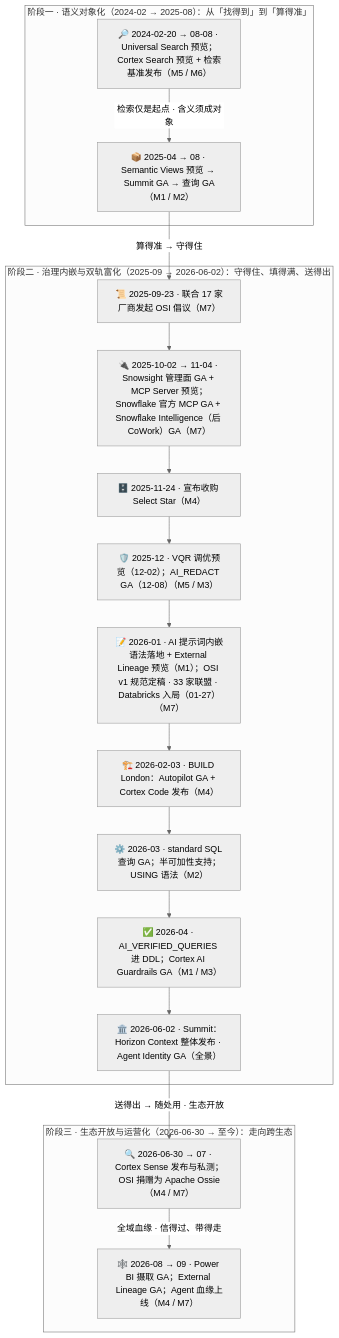
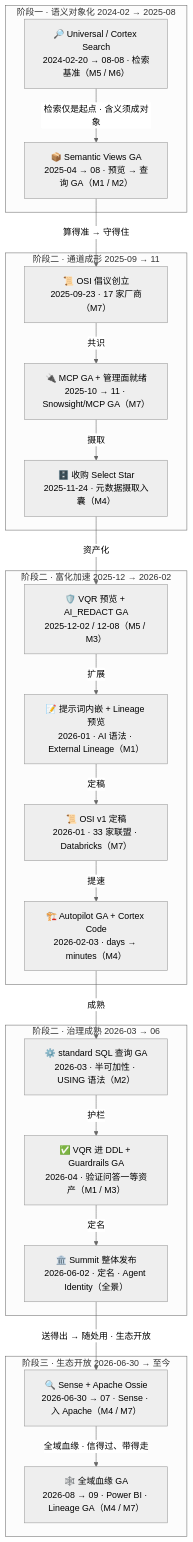
Before and after one commit to ThreeFish-AI/negentropy: the diagram in docs/assets/mermaid/cognitive-context/horizon-context--evolution-timeline.mmd, drawn with Mermaid (neutral theme). The commit also changed 4 other files, not shown here.

First line of the commit message:
fix(horizon-context): 演进时间线重渲拆分 2026-01 双卡补回 33 家联盟 · Databricks，两个 .mmd 重写为出货图逐字镜像;

```diff
--- a/docs/assets/mermaid/cognitive-context/horizon-context--evolution-timeline.mmd
+++ b/docs/assets/mermaid/cognitive-context/horizon-context--evolution-timeline.mmd
@@ -1,29 +1,43 @@
 %%source: docs/research/cognitive-context/011-horizon-context.md#block2-23 (L111-L173, §2.2–§2.3 三阶段叙事与时间线速览)
 %%slug: cognitive-context/horizon-context--evolution-timeline
 %%type: dataflow
 %%derived: archify dataflow v1, authored from source mermaid
+%% fix: (2026-09-15 同步) 重写为出货图逐字镜像并随图修复：① 原 MS7 拆分为 MS7A（提示词内嵌 + Lineage 预览 M1）/ MS7B（OSI v1 定稿 · 33 家联盟 · Databricks M7）——补回正文时间线表「33 家联盟、Databricks 入局」事实，HTML 旧版漏拆漏载已重渲，且 2026-01 两卡归位「富化加速（2025-12 → 2026-02）」泳道；② 三 subgraph 展开为图内五段泳道（通道成形/富化加速/治理成熟子段）；③ 边标签补齐图内转移词（共识/摄取/资产化/扩展/定稿/提速/成熟/护栏/定名）
 flowchart TD
-    subgraph "阶段一 · 语义对象化（2024-02 → 2025-08）：从「找得到」到「算得准」"
-        MS1["🔎 2024-02-20 → 08-08 · Universal Search 预览；Cortex Search 预览 + 检索基准发布（M5 / M6）"]
-        MS2["📦 2025-04 → 08 · Semantic Views 预览 → Summit GA → 查询 GA（M1 / M2）"]
+    subgraph "阶段一 · 语义对象化 2024-02 → 2025-08"
+        MS1["🔎 Universal / Cortex Search<br/>2024-02-20 → 08-08 · 检索基准（M5 / M6）"]
+        MS2["📦 Semantic Views GA<br/>2025-04 → 08 · 预览 → 查询 GA（M1 / M2）"]
     end
-    subgraph "阶段二 · 治理内嵌与双轨富化（2025-09 → 2026-06-02）：守得住、填得满、送得出"
-        MS3["📜 2025-09-23 · 联合 17 家厂商发起 OSI 倡议（M7）"]
-        MS4["🔌 2025-10-02 → 11-04 · Snowsight 管理面 GA + MCP Server 预览；Snowflake 官方 MCP GA + Snowflake Intelligence（后 CoWork）GA（M7）"]
-        MS5["🗄️ 2025-11-24 · 宣布收购 Select Star（M4）"]
-        MS6["🛡️ 2025-12 · VQR 调优预览（12-02）；AI_REDACT GA（12-08）（M5 / M3）"]
-        MS7["📝 2026-01 · AI 提示词内嵌语法落地 + External Lineage 预览（M1）；OSI v1 规范定稿 · 33 家联盟 · Databricks 入局（01-27）（M7）"]
-        MS8["🏗️ 2026-02-03 · BUILD London：Autopilot GA + Cortex Code 发布（M4）"]
-        MS9["⚙️ 2026-03 · standard SQL 查询 GA；半可加性支持；USING 语法（M2）"]
-        MS10["✅ 2026-04 · AI_VERIFIED_QUERIES 进 DDL；Cortex AI Guardrails GA（M1 / M3）"]
-        MS11["🏛️ 2026-06-02 · Summit：Horizon Context 整体发布 · Agent Identity GA（全景）"]
+    subgraph "阶段二 · 通道成形 2025-09 → 11"
+        MS3["📜 OSI 倡议创立<br/>2025-09-23 · 17 家厂商（M7）"]
+        MS4["🔌 MCP GA + 管理面就绪<br/>2025-10 → 11 · Snowsight/MCP GA（M7）"]
+        MS5["🗄️ 收购 Select Star<br/>2025-11-24 · 元数据摄取入囊（M4）"]
     end
-    subgraph "阶段三 · 生态开放与运营化（2026-06-30 → 至今）：走向跨生态"
-        MS12["🔍 2026-06-30 → 07 · Cortex Sense 发布与私测；OSI 捐赠为 Apache Ossie（M4 / M7）"]
-        MS13["🕸️ 2026-08 → 09 · Power BI 摄取 GA；External Lineage GA；Agent 血缘上线（M4 / M7）"]
+    subgraph "阶段二 · 富化加速 2025-12 → 2026-02"
+        MS6["🛡️ VQR 预览 + AI_REDACT GA<br/>2025-12-02 / 12-08（M5 / M3）"]
+        MS7A["📝 提示词内嵌 + Lineage 预览<br/>2026-01 · AI 语法 · External Lineage（M1）"]
+        MS7B["📜 OSI v1 定稿<br/>2026-01 · 33 家联盟 · Databricks（M7）"]
+        MS8["🏗️ Autopilot GA + Cortex Code<br/>2026-02-03 · days → minutes（M4）"]
+    end
+    subgraph "阶段二 · 治理成熟 2026-03 → 06"
+        MS9["⚙️ standard SQL 查询 GA<br/>2026-03 · 半可加性 · USING 语法（M2）"]
+        MS10["✅ VQR 进 DDL + Guardrails GA<br/>2026-04 · 验证问答一等资产（M1 / M3）"]
+        MS11["🏛️ Summit 整体发布<br/>2026-06-02 · 定名 · Agent Identity（全景）"]
+    end
+    subgraph "阶段三 · 生态开放 2026-06-30 → 至今"
+        MS12["🔍 Sense + Apache Ossie<br/>2026-06-30 → 07 · Sense · 入 Apache（M4 / M7）"]
+        MS13["🕸️ 全域血缘 GA<br/>2026-08 → 09 · Power BI · Lineage GA（M4 / M7）"]
     end
     MS1 -->|"检索仅是起点 · 含义须成对象"| MS2
     MS2 -->|"算得准 → 守得住"| MS3
-    MS3 --> MS4 --> MS5 --> MS6 --> MS7 --> MS8 --> MS9 --> MS10 --> MS11
+    MS3 -->|"共识"| MS4
+    MS4 -->|"摄取"| MS5
+    MS5 -->|"资产化"| MS6
+    MS6 -->|"扩展"| MS7A
+    MS7A -->|"定稿"| MS7B
+    MS7B -->|"提速"| MS8
+    MS8 -->|"成熟"| MS9
+    MS9 -->|"护栏"| MS10
+    MS10 -->|"定名"| MS11
     MS11 -->|"送得出 → 随处用 · 生态开放"| MS12
     MS12 -->|"全域血缘 · 信得过、带得走"| MS13
```
